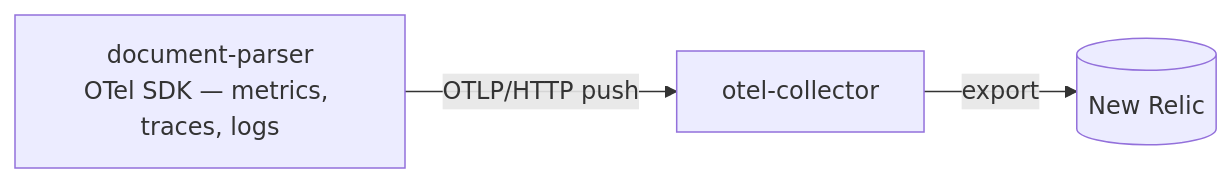
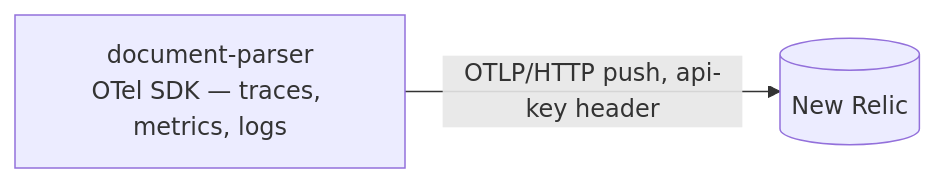
Before and after one commit to kunalPisolkar24/detectAI: the first of 9 diagrams in services/document-parser/specification/observability.md, drawn with Mermaid. The commit also changed other lines of this file, not shown here.

Commit message:
Settle the document parser observability design on direct New Relic OTLP push

````diff
--- a/services/document-parser/specification/observability.md
+++ b/services/document-parser/specification/observability.md
@@ -11,8 +9,6 @@
 ```mermaid
 flowchart LR
-    dp["document-parser<br/>OTel SDK — metrics, traces, logs"]
-    coll["otel-collector"]
+    dp["document-parser<br/>OTel SDK — traces, metrics, logs"]
     nr[("New Relic")]
-    dp -- "OTLP/HTTP push" --> coll
-    coll -- "export" --> nr
+    dp -- "OTLP/HTTP push, api-key header" --> nr
 ```
````
